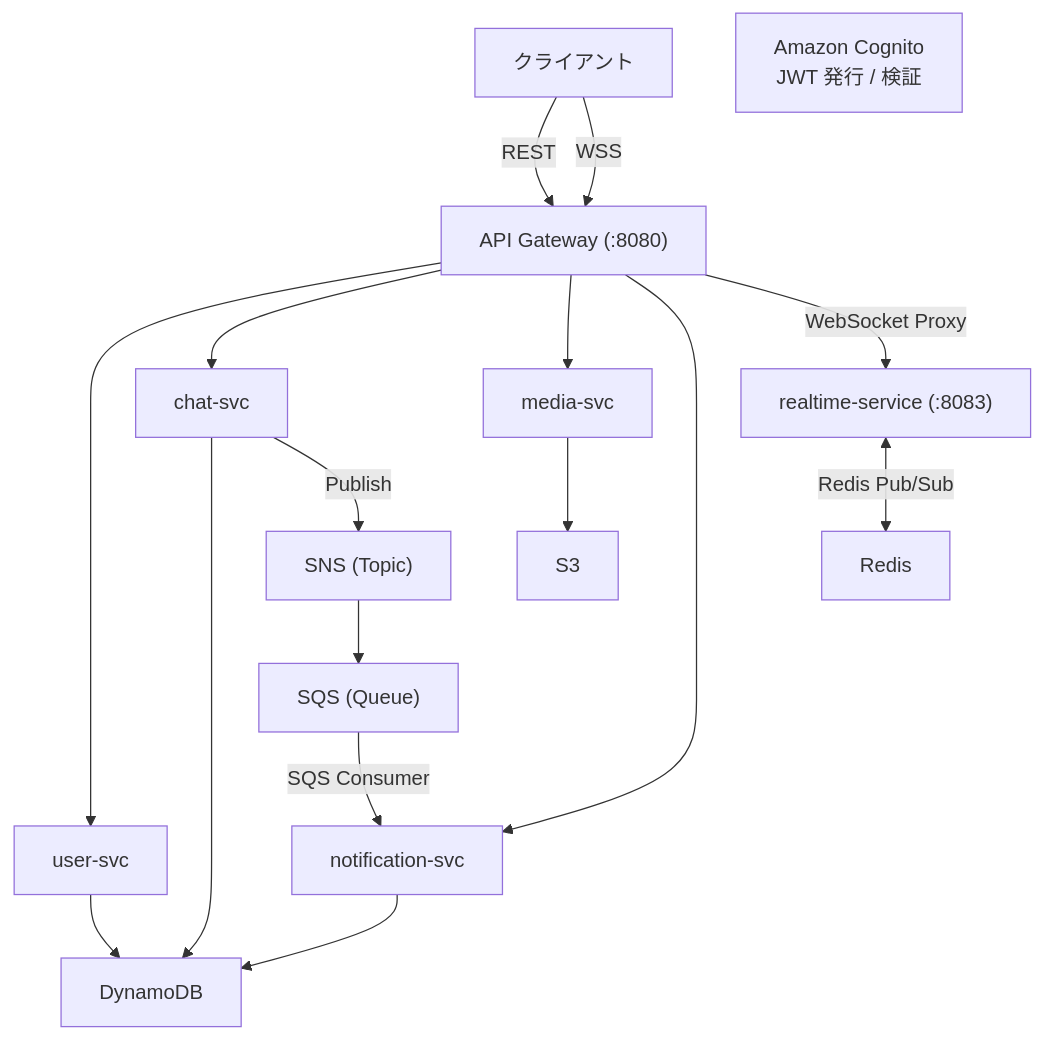
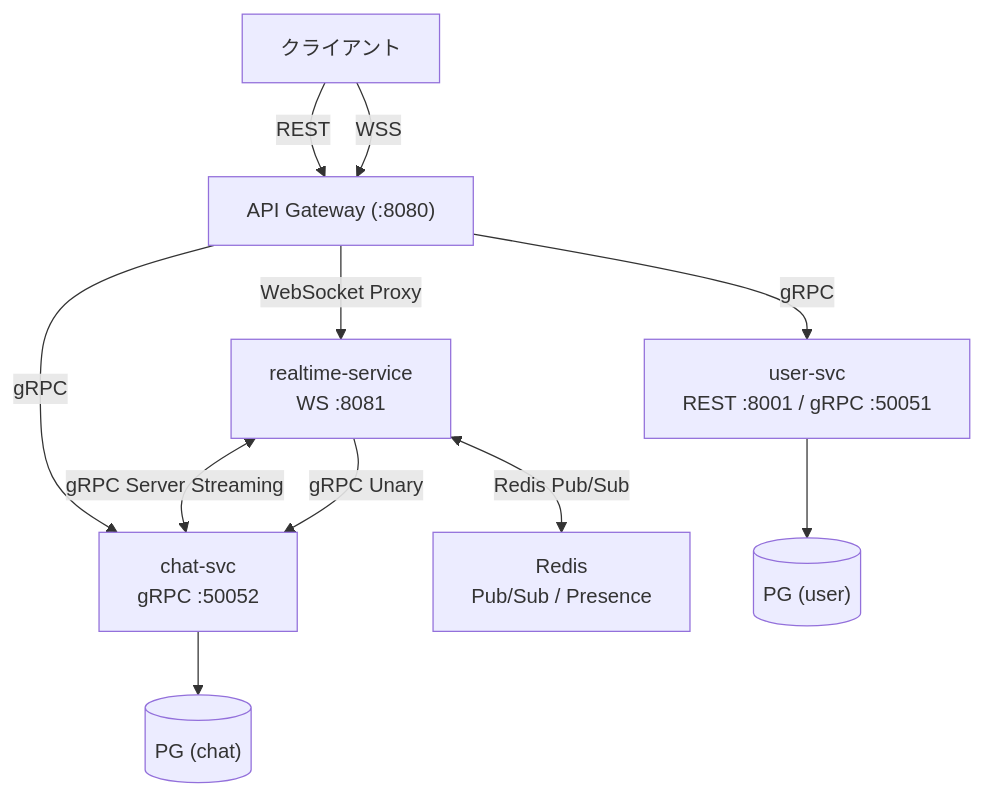
Before and after one commit to shunto-ishiguro/go-microservices-chat: the fourth of 4 diagrams in docs/learning/phase-4.md, drawn with Mermaid. The commit also changed other lines of this file and 3 other files, not shown here.

First line of the commit message:
docs: Phase 構成を再編 (認証 P2 / gRPC+GW P3 / Realtime P4)

````diff
--- a/docs/learning/phase-4.md
+++ b/docs/learning/phase-4.md
@@ -702,24 +629,16 @@
 ```mermaid
 graph TD
     Client[クライアント] -->|REST| GW["API Gateway (:8080)"]
     Client -->|WSS| GW
 
-    GW --> US[user-svc]
-    GW --> CS[chat-svc]
-    GW --> MS[media-svc]
-    GW --> NS[notification-svc]
-    GW -->|WebSocket Proxy| RS["realtime-service (:8083)"]
+    GW -->|gRPC| US["user-svc<br/>REST :8001 / gRPC :50051"]
+    GW -->|gRPC| CS["chat-svc<br/>gRPC :50052"]
+    GW -->|WebSocket Proxy| RS["realtime-service<br/>WS :8081"]
 
-    RS <-->|Redis Pub/Sub| Redis[Redis]
+    RS <-->|gRPC Server Streaming| CS
+    RS -->|gRPC Unary| CS
+    RS <-->|Redis Pub/Sub| Redis["Redis<br/>Pub/Sub / Presence"]
 
-    US --> DDB[DynamoDB]
-    CS --> DDB
-    NS --> DDB
-    MS --> S3[S3]
-
-    CS -->|Publish| SNS["SNS (Topic)"]
-    SNS --> SQS["SQS (Queue)"]
-    SQS -->|SQS Consumer| NS
-
-    Cognito["Amazon Cognito<br/>JWT 発行 / 検証"]
+    US --> PG1[("PG (user)")]
+    CS --> PG2[("PG (chat)")]
 ```
````
